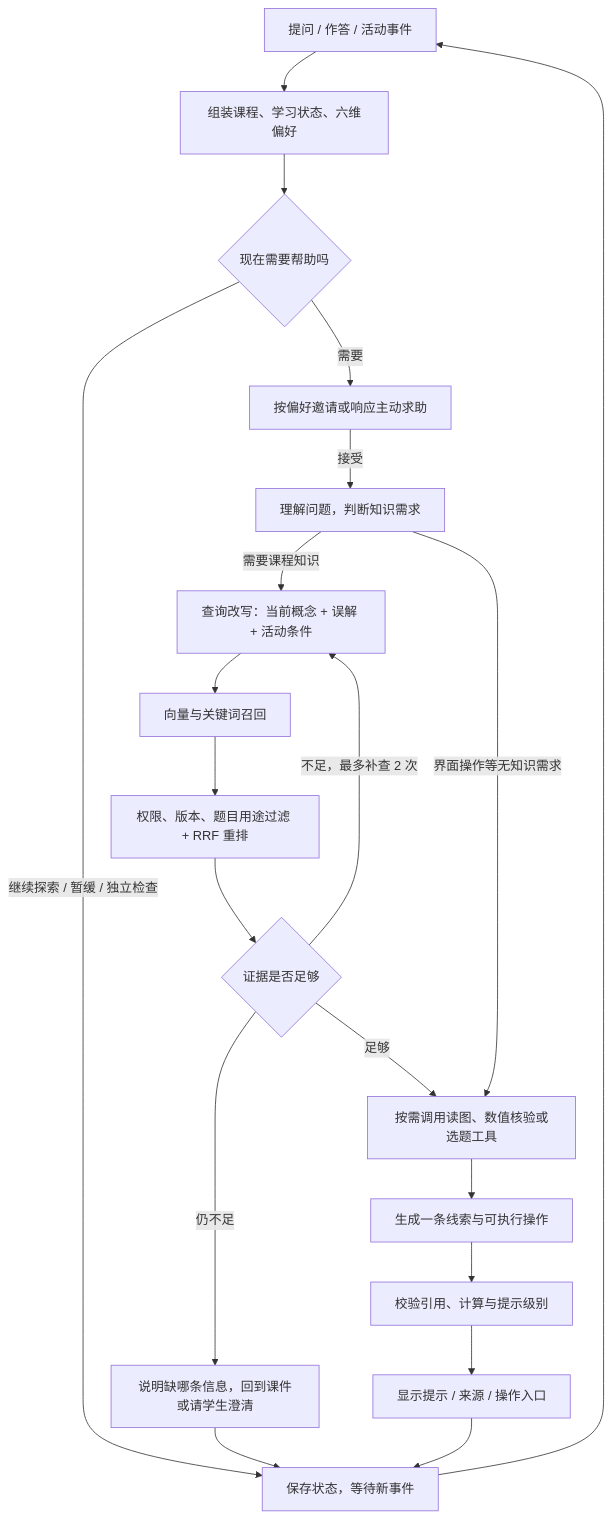
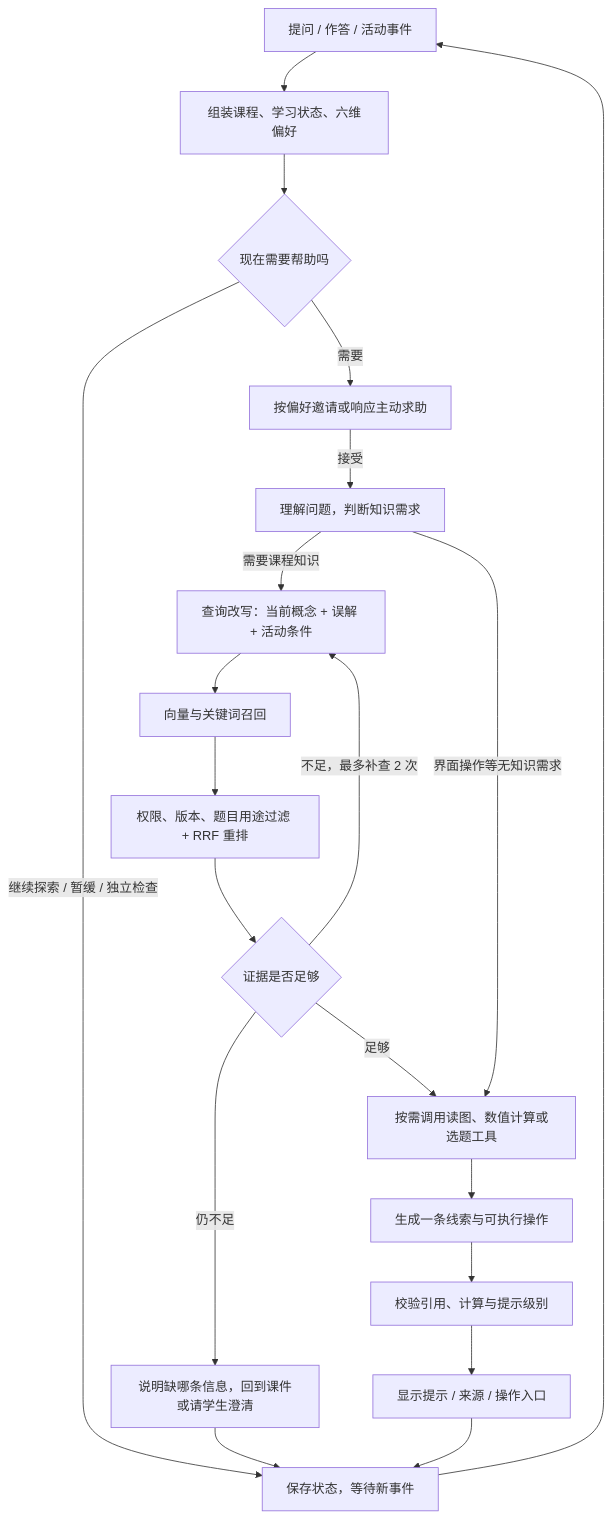
The third of 3 diagrams in docs/software/architecture.md (LJHSTO/edu-promaic), drawn with Mermaid before and after one commit. The commit also changed other lines of this file and 60 other files, not shown here.

````diff
--- a/docs/software/architecture.md
+++ b/docs/software/architecture.md
@@ -123,22 +123,22 @@
 ```mermaid
 flowchart TD
   E[提问 / 作答 / 活动事件] --> C[组装课程、学习状态、六维偏好]
   C --> P{现在需要帮助吗}
   P -->|继续探索 / 暂缓 / 独立检查| W[保存状态，等待新事件]
   P -->|需要| I[按偏好邀请或响应主动求助]
   I -->|接受| Q[理解问题，判断知识需求]
   Q -->|需要课程知识| R[查询改写：当前概念 + 误解 + 活动条件]
   R --> H[向量与关键词召回]
   H --> F[权限、版本、题目用途过滤 + RRF 重排]
   F --> S{证据是否足够}
   S -->|不足，最多补查 2 次| R
   S -->|仍不足| CL[说明缺哪条信息，回到课件或请学生澄清]
-  S -->|足够| T[按需调用读图、数值核验或选题工具]
+  S -->|足够| T[按需调用读图、数值计算或选题工具]
   Q -->|界面操作等无知识需求| T
   T --> G[生成一条线索与可执行操作]
   G --> V[校验引用、计算与提示级别]
   V --> O[显示提示 / 来源 / 操作入口]
   O --> W
   CL --> W
   W --> E
 ```
````
